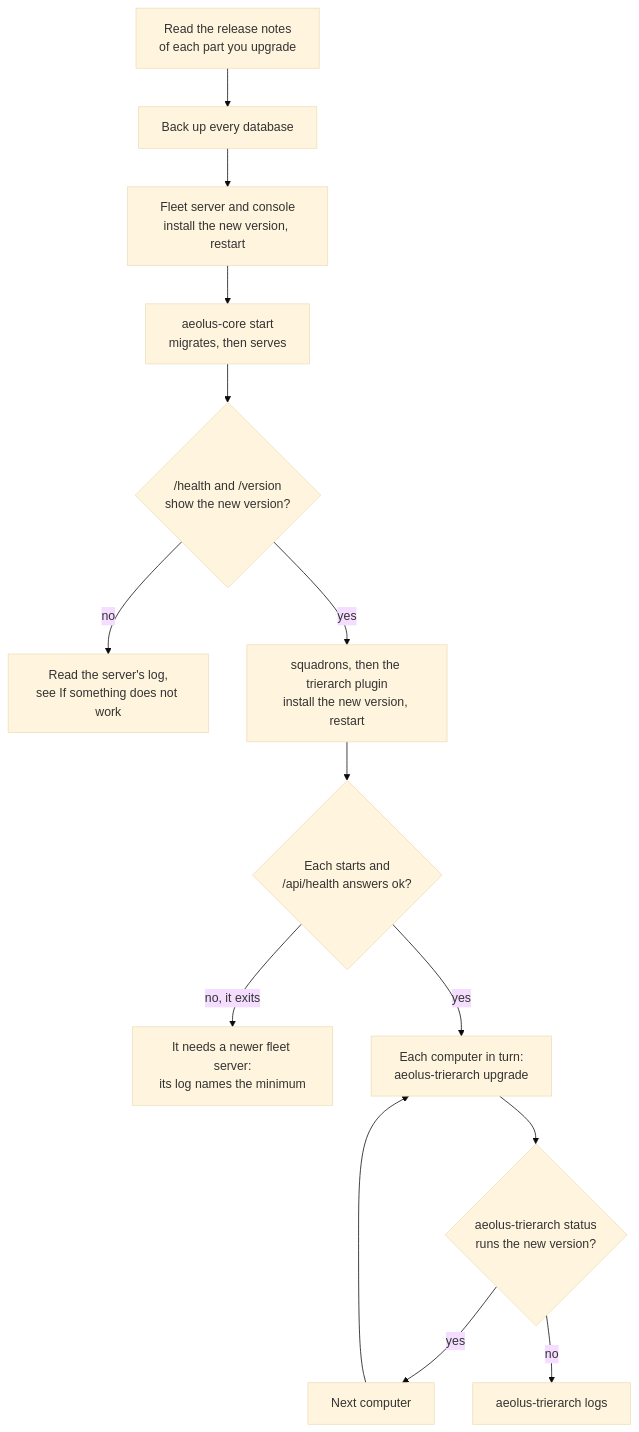
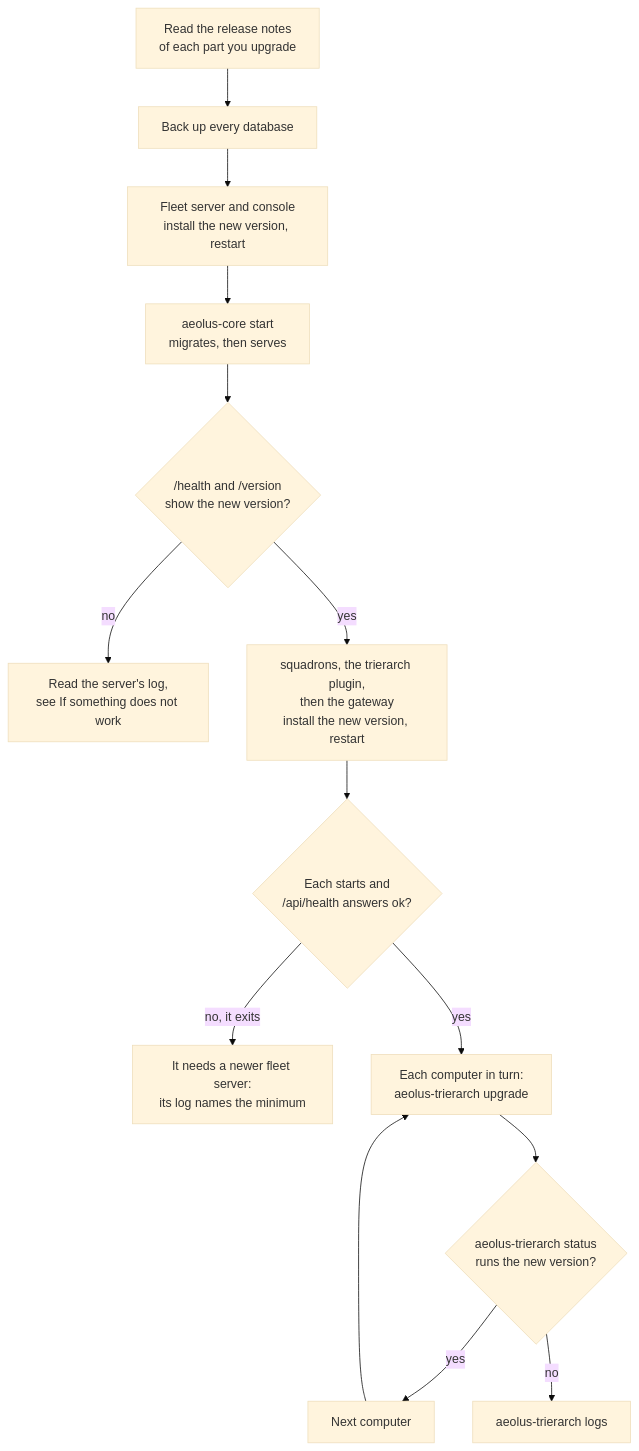
Before and after one commit to ThomasHendrickx/aeolus-fleet: the first of 2 diagrams in docs/guide/run-the-server.md, drawn with Mermaid (base theme). The commit also changed other lines of this file and 1 other file, not shown here.

First line of the commit message:
docs(guide): Run the server states the privileges, the backup schedule, the restore and the gateway

````diff
--- a/docs/guide/run-the-server.md
+++ b/docs/guide/run-the-server.md
@@ -81,16 +103,16 @@
 ```mermaid
 flowchart TD
     notes["Read the release notes<br/>of each part you upgrade"] --> backup["Back up every database"]
     backup --> core["Fleet server and console<br/>install the new version, restart"]
     core --> migrate["aeolus-core start<br/>migrates, then serves"]
     migrate --> check1{"/health and /version<br/>show the new version?"}
     check1 -->|no| fix1["Read the server's log,<br/>see If something does not work"]
-    check1 -->|yes| plugins["squadrons, then the trierarch plugin<br/>install the new version, restart"]
+    check1 -->|yes| plugins["squadrons, the trierarch plugin,<br/>then the gateway<br/>install the new version, restart"]
     plugins --> pcheck{"Each starts and<br/>/api/health answers ok?"}
     pcheck -->|no, it exits| older["It needs a newer fleet server:<br/>its log names the minimum"]
     pcheck -->|yes| computers["Each computer in turn:<br/>aeolus-trierarch upgrade"]
     computers --> ccheck{"aeolus-trierarch status<br/>runs the new version?"}
     ccheck -->|yes| next["Next computer"]
     next --> computers
     ccheck -->|no| logs["aeolus-trierarch logs"]
 ```
````
